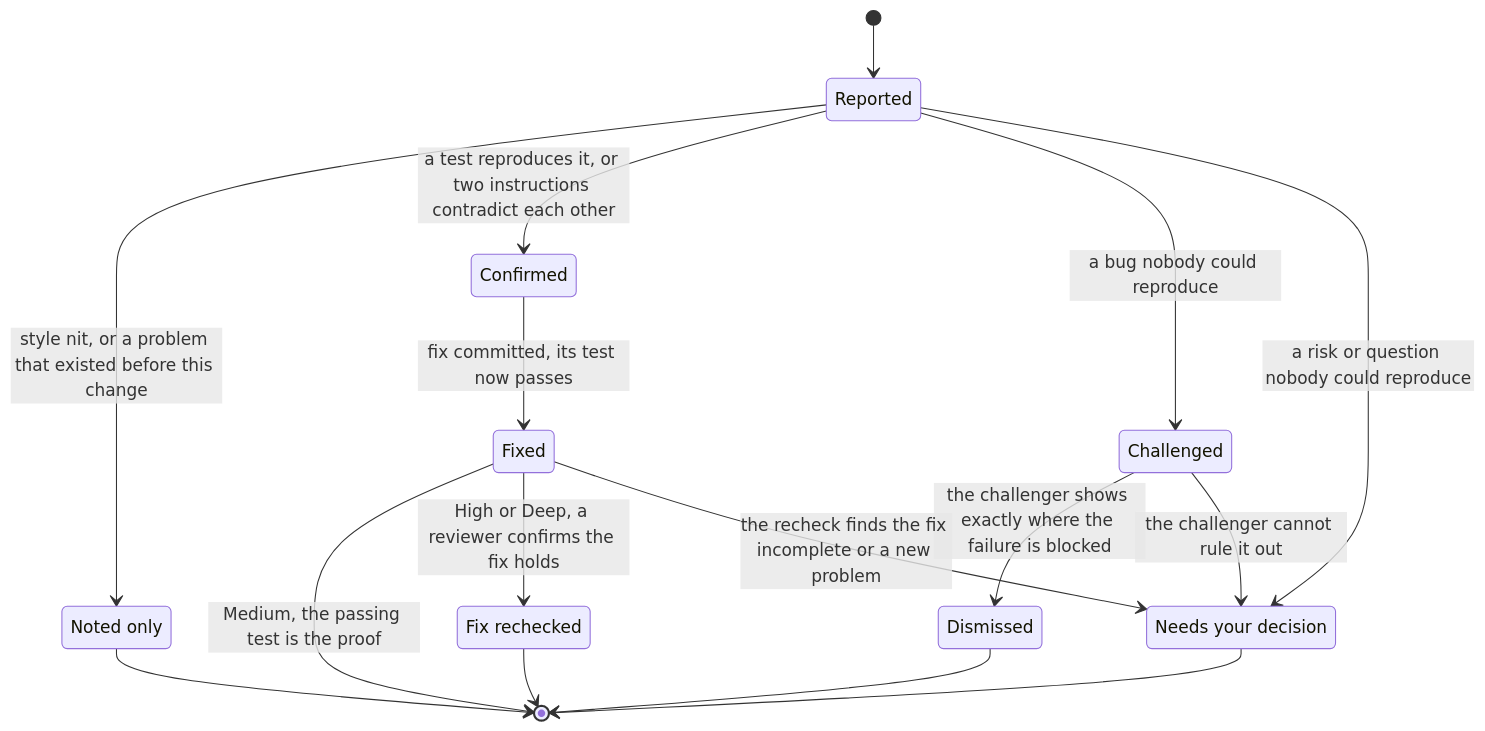
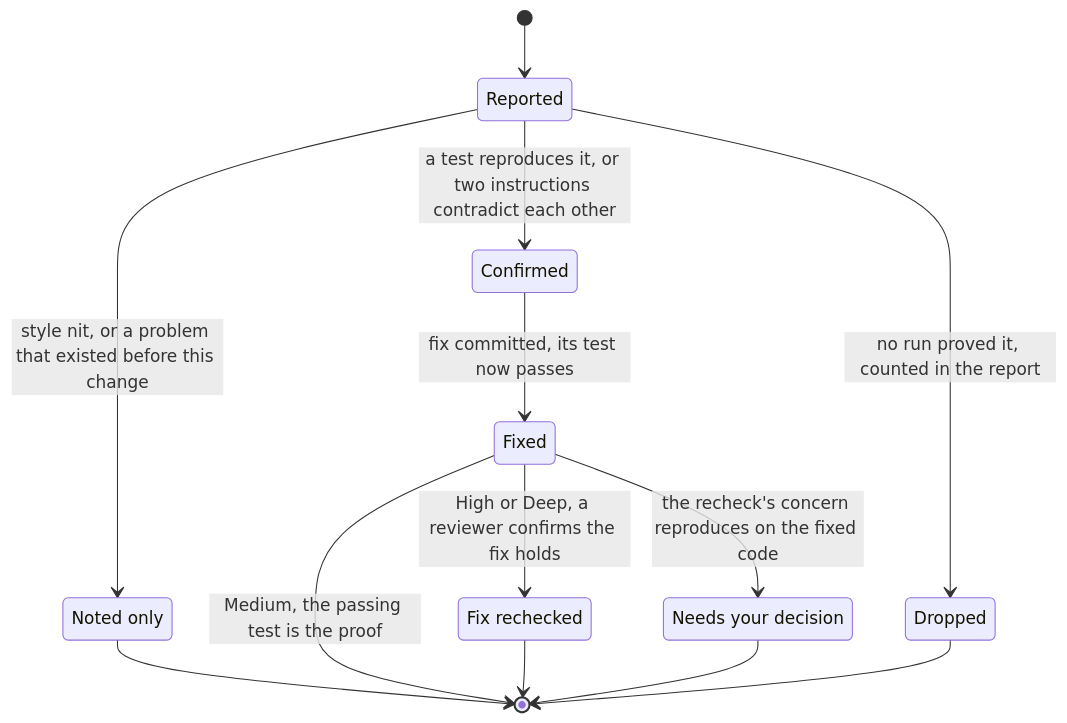
The second of 2 diagrams in docs/review.md (jvillegasd/harness), drawn with Mermaid before and after one commit. The commit also changed other lines of this file and 16 other files, not shown here.

````diff
--- a/docs/review.md
+++ b/docs/review.md
@@ -56,27 +55,23 @@
 ```mermaid
 stateDiagram-v2
   state "Reported" as Reported
   state "Confirmed" as Confirmed
-  state "Challenged" as Challenged
-  state "Dismissed" as Refuted
+  state "Dropped" as Dropped
   state "Fixed" as Fixed
   state "Fix rechecked" as Rechecked
   state "Needs your decision" as Decision
   state "Noted only" as Advisory
 
   [*] --> Reported
   Reported --> Advisory: style nit, or a problem that existed before this change
   Reported --> Confirmed: a test reproduces it, or two instructions contradict each other
-  Reported --> Challenged: a bug nobody could reproduce
-  Reported --> Decision: a risk or question nobody could reproduce
-  Challenged --> Refuted: the challenger shows exactly where the failure is blocked
-  Challenged --> Decision: the challenger cannot rule it out
+  Reported --> Dropped: no run proved it, counted in the report
   Confirmed --> Fixed: fix committed, its test now passes
   Fixed --> [*]: Medium, the passing test is the proof
   Fixed --> Rechecked: High or Deep, a reviewer confirms the fix holds
-  Fixed --> Decision: the recheck finds the fix incomplete or a new problem
+  Fixed --> Decision: the recheck's concern reproduces on the fixed code
   Rechecked --> [*]
-  Refuted --> [*]
+  Dropped --> [*]
   Advisory --> [*]
   Decision --> [*]
 ```
````
